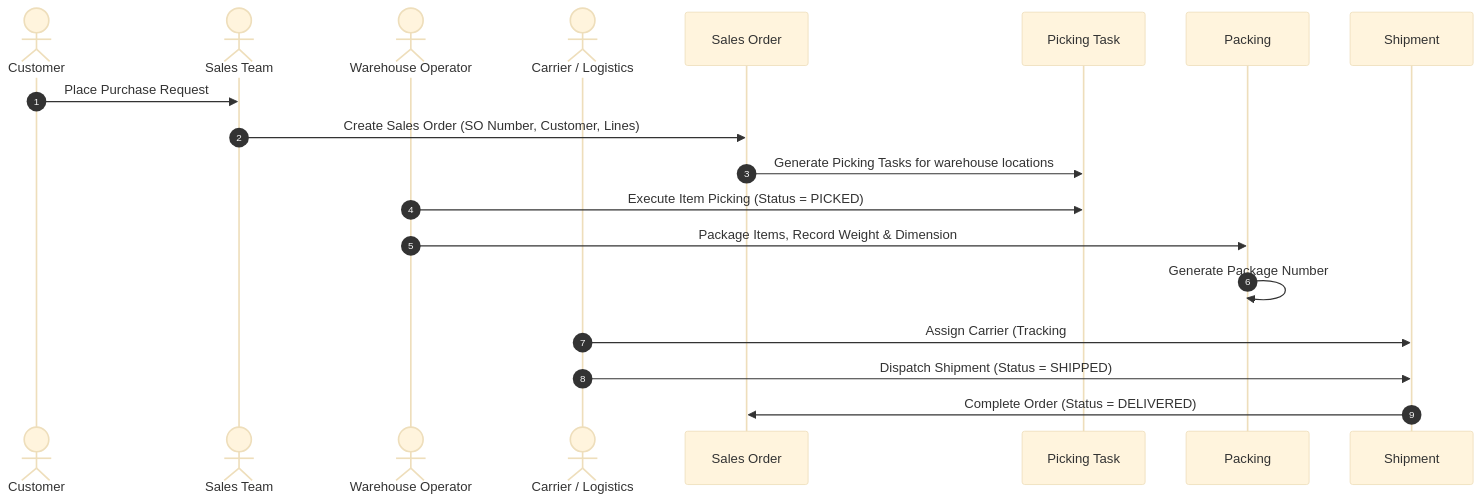
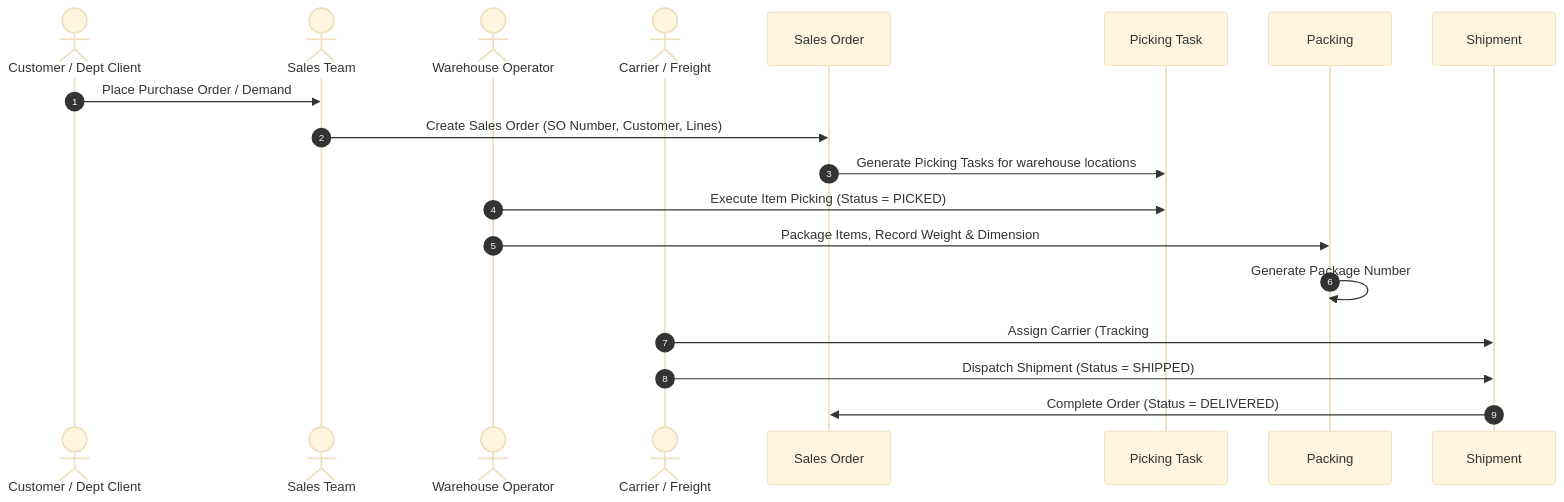
One commit to putra4648/core-erp changed the seventh of 9 diagrams in docs/BUSINESS_PROCESS.md. Above: the diagram before and after it, drawn with Mermaid (base theme). The commit also changed other lines of this file and 26 other files, not shown here.

````diff
--- a/docs/BUSINESS_PROCESS.md
+++ b/docs/BUSINESS_PROCESS.md
@@ -313,22 +346,22 @@
 ```mermaid
 sequenceDiagram
     autonumber
-    actor Customer as Customer
+    actor Customer as Customer / Dept Client
     actor Sales as Sales Team
     actor Warehouse as Warehouse Operator
-    actor Logistics as Carrier / Logistics
+    actor Logistics as Carrier / Freight
     participant SO as Sales Order
     participant Pick as Picking Task
     participant Pack as Packing
     participant Ship as Shipment
 
-    Customer->>Sales: Place Purchase Request
+    Customer->>Sales: Place Purchase Order / Demand
     Sales->>SO: Create Sales Order (SO Number, Customer, Lines)
     SO->>Pick: Generate Picking Tasks for warehouse locations
     Warehouse->>Pick: Execute Item Picking (Status = PICKED)
     Warehouse->>Pack: Package Items, Record Weight & Dimension
     Pack->>Pack: Generate Package Number
     Logistics->>Ship: Assign Carrier (Tracking #, Manifest)
     Logistics->>Ship: Dispatch Shipment (Status = SHIPPED)
     Ship->>SO: Complete Order (Status = DELIVERED)
 ```
````
